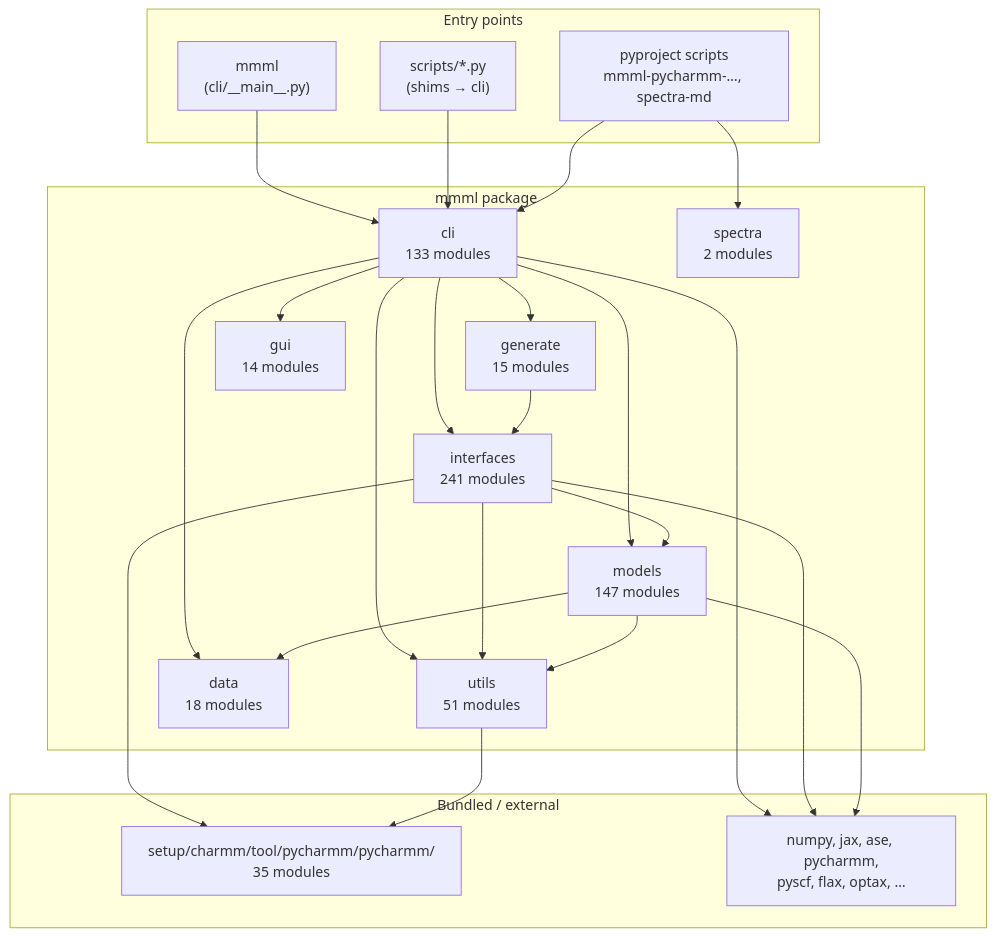
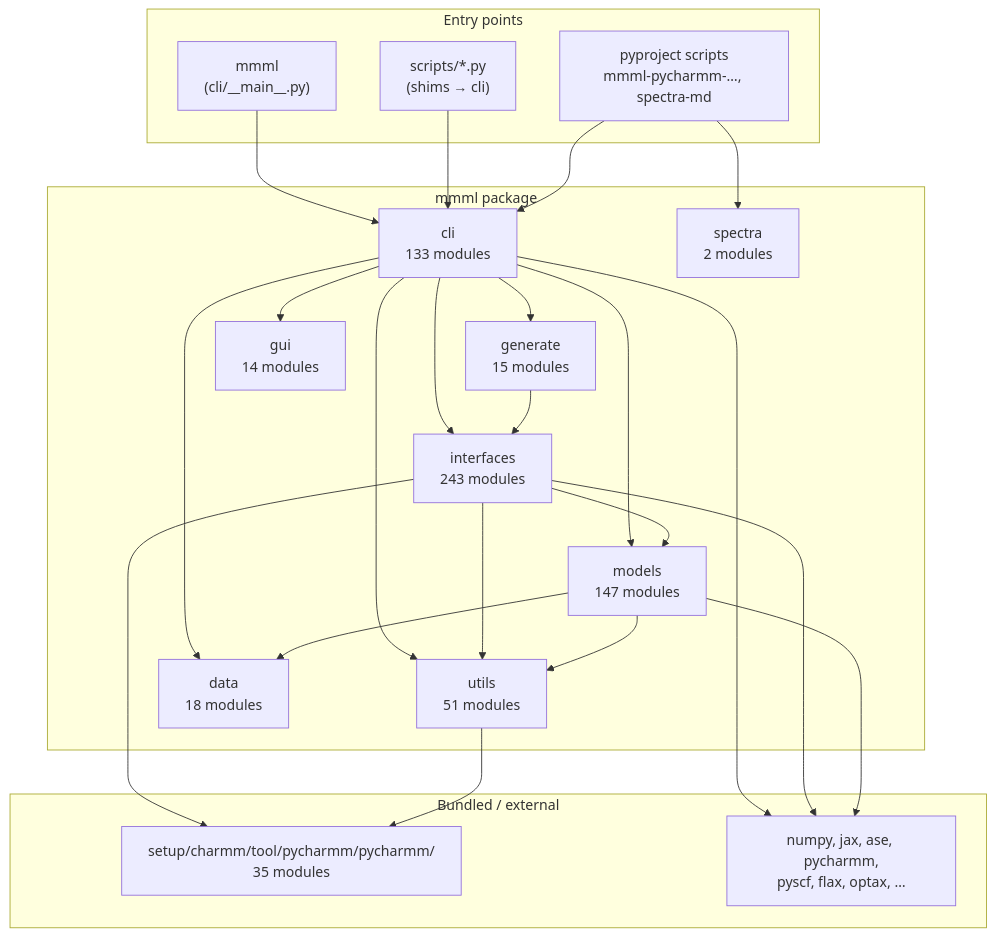
One commit to EricBoittier/mmml changed the first of 8 diagrams in docs/package-architecture.md. Above: the diagram before and after it, drawn with Mermaid. The commit also changed 5 other files, not shown here.

````diff
--- a/docs/package-architecture.md
+++ b/docs/package-architecture.md
@@ -13,48 +13,48 @@
 ```mermaid
 flowchart TB
   subgraph entry["Entry points"]
     MMML["mmml\n(cli/__main__.py)"]
     SCRIPTS["scripts/*.py\n(shims → cli)"]
     PKG["pyproject scripts\nmmml-pycharmm-…, spectra-md"]
   end
 
   subgraph mmml_pkg["mmml package"]
     CLI["cli\n133 modules"]
-    IFACE["interfaces\n241 modules"]
+    IFACE["interfaces\n243 modules"]
     MODELS["models\n147 modules"]
     UTILS["utils\n51 modules"]
     DATA["data\n18 modules"]
     GEN["generate\n15 modules"]
     GUI["gui\n14 modules"]
     SPEC["spectra\n2 modules"]
   end
 
   subgraph vendor["Bundled / external"]
     PYCH["setup/charmm/tool/pycharmm/pycharmm/\n35 modules"]
     EXT["numpy, jax, ase, pycharmm,\npyscf, flax, optax, …"]
   end
 
   MMML --> CLI
   SCRIPTS --> CLI
   PKG --> CLI
   PKG --> SPEC
 
   CLI --> IFACE
   CLI --> MODELS
   CLI --> DATA
   CLI --> UTILS
   CLI --> GEN
   CLI --> GUI
 
   IFACE --> MODELS
   IFACE --> UTILS
   IFACE --> PYCH
   MODELS --> UTILS
   MODELS --> DATA
   UTILS --> PYCH
   GEN --> IFACE
 
   CLI --> EXT
   IFACE --> EXT
   MODELS --> EXT
 ```
````
